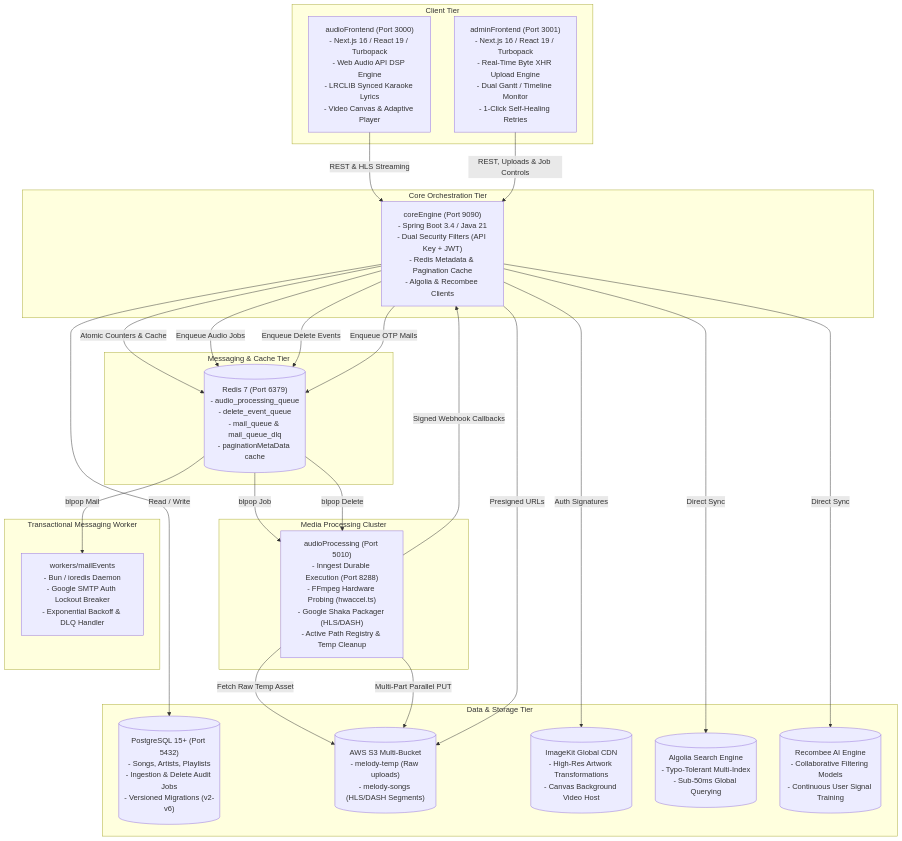
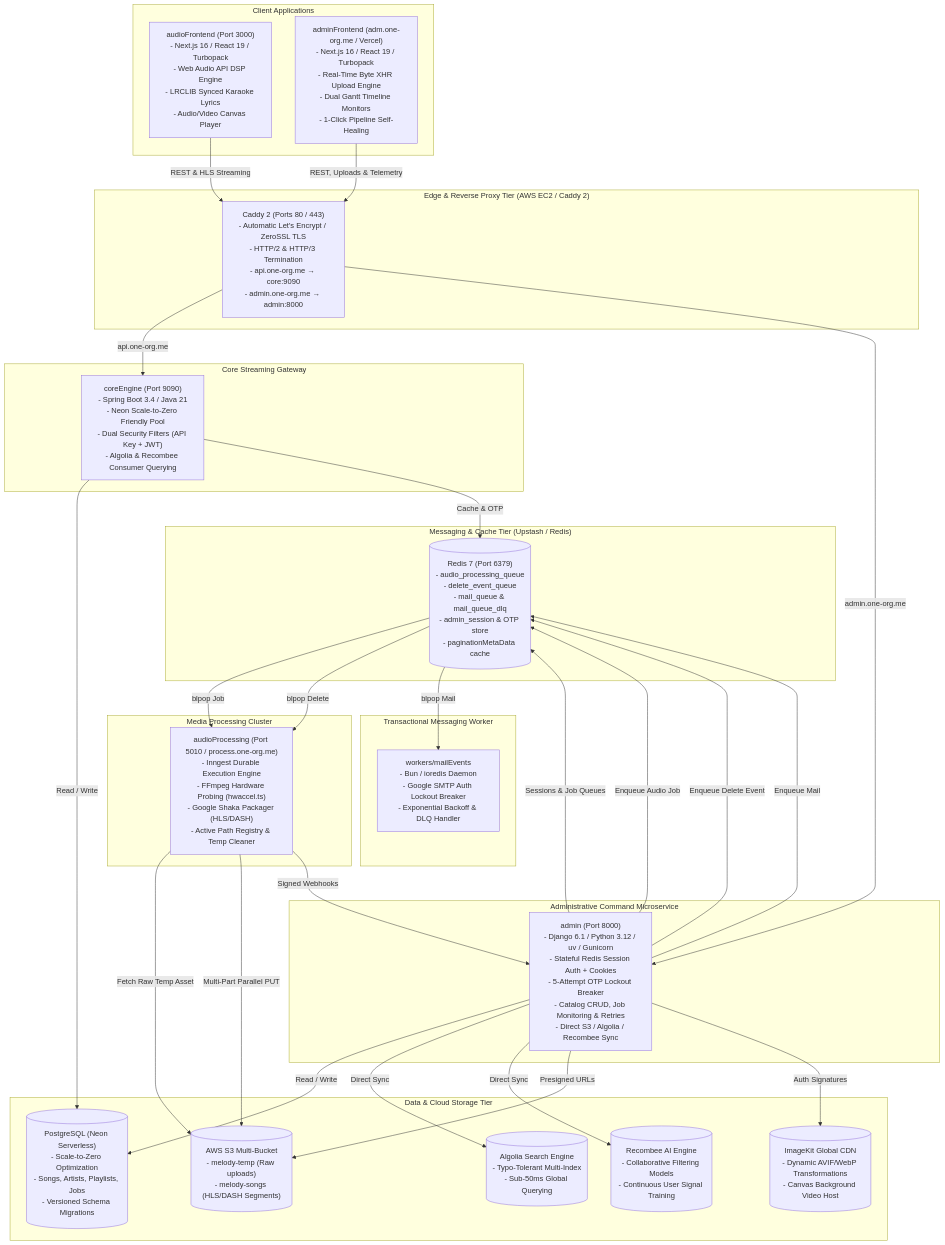
Before and after one commit to karankumar786786/AudioMelodySpringboot: the seventh of 17 diagrams in README.md, drawn with Mermaid. The commit also changed other lines of this file, not shown here.

Commit message:
docs: update README with Python/Django stack details and revised architecture diagrams

````diff
--- a/README.md
+++ b/README.md
@@ -531,49 +613,65 @@
 ```mermaid
 flowchart TB
-    subgraph CT ["Client Tier"]
-        AF["audioFrontend (Port 3000)<br/>- Next.js 16 / React 19 / Turbopack<br/>- Web Audio API DSP Engine<br/>- LRCLIB Synced Karaoke Lyrics<br/>- Video Canvas & Adaptive Player"]
-        ADF["adminFrontend (Port 3001)<br/>- Next.js 16 / React 19 / Turbopack<br/>- Real-Time Byte XHR Upload Engine<br/>- Dual Gantt / Timeline Monitor<br/>- 1-Click Self-Healing Retries"]
+    subgraph ET ["Edge & Reverse Proxy Tier (AWS EC2 / Caddy 2)"]
+        CAD["Caddy 2 (Ports 80 / 443)<br/>- Automatic Let's Encrypt / ZeroSSL TLS<br/>- HTTP/2 & HTTP/3 Termination<br/>- api.one-org.me &rarr; core:9090<br/>- admin.one-org.me &rarr; admin:8000"]
     end
 
-    subgraph COT ["Core Orchestration Tier"]
-        CE["coreEngine (Port 9090)<br/>- Spring Boot 3.4 / Java 21<br/>- Dual Security Filters (API Key + JWT)<br/>- Redis Metadata & Pagination Cache<br/>- Algolia & Recombee Clients"]
+    subgraph CT ["Client Applications"]
+        AF["audioFrontend (Port 3000)<br/>- Next.js 16 / React 19 / Turbopack<br/>- Web Audio API DSP Engine<br/>- LRCLIB Synced Karaoke Lyrics<br/>- Audio/Video Canvas Player"]
+        ADF["adminFrontend (adm.one-org.me / Vercel)<br/>- Next.js 16 / React 19 / Turbopack<br/>- Real-Time Byte XHR Upload Engine<br/>- Dual Gantt Timeline Monitors<br/>- 1-Click Pipeline Self-Healing"]
     end
 
-    subgraph MCT ["Messaging & Cache Tier"]
-        RD[("Redis 7 (Port 6379)<br/>- audio_processing_queue<br/>- delete_event_queue<br/>- mail_queue & mail_queue_dlq<br/>- paginationMetaData cache")]
+    subgraph COT ["Core Streaming Gateway"]
+        CE["coreEngine (Port 9090)<br/>- Spring Boot 3.4 / Java 21<br/>- Neon Scale-to-Zero Friendly Pool<br/>- Dual Security Filters (API Key + JWT)<br/>- Algolia & Recombee Consumer Querying"]
+    end
+
+    subgraph AOT ["Administrative Command Microservice"]
+        ADM["admin (Port 8000)<br/>- Django 6.1 / Python 3.12 / uv / Gunicorn<br/>- Stateful Redis Session Auth + Cookies<br/>- 5-Attempt OTP Lockout Breaker<br/>- Catalog CRUD, Job Monitoring & Retries<br/>- Direct S3 / Algolia / Recombee Sync"]
+    end
+
+    subgraph MCT ["Messaging & Cache Tier (Upstash / Redis)"]
+        RD[("Redis 7 (Port 6379)<br/>- audio_processing_queue<br/>- delete_event_queue<br/>- mail_queue & mail_queue_dlq<br/>- admin_session & OTP store<br/>- paginationMetaData cache")]
     end
 
     subgraph MPC ["Media Processing Cluster"]
-        AP["audioProcessing (Port 5010)<br/>- Inngest Durable Execution (Port 8288)<br/>- FFmpeg Hardware Probing (hwaccel.ts)<br/>- Google Shaka Packager (HLS/DASH)<br/>- Active Path Registry & Temp Cleanup"]
+        AP["audioProcessing (Port 5010 / process.one-org.me)<br/>- Inngest Durable Execution Engine<br/>- FFmpeg Hardware Probing (hwaccel.ts)<br/>- Google Shaka Packager (HLS/DASH)<br/>- Active Path Registry & Temp Cleaner"]
     end
 
     subgraph TMW ["Transactional Messaging Worker"]
         MW["workers/mailEvents<br/>- Bun / ioredis Daemon<br/>- Google SMTP Auth Lockout Breaker<br/>- Exponential Backoff & DLQ Handler"]
     end
 
-    subgraph DST ["Data & Storage Tier"]
-        PG[("PostgreSQL 15+ (Port 5432)<br/>- Songs, Artists, Playlists<br/>- Ingestion & Delete Audit Jobs<br/>- Versioned Migrations (v2-v6)")]
+    subgraph DST ["Data & Cloud Storage Tier"]
+        PG[("PostgreSQL (Neon Serverless)<br/>- Scale-to-Zero Optimization<br/>- Songs, Artists, Playlists, Jobs<br/>- Versioned Schema Migrations")]
         S3[("AWS S3 Multi-Bucket<br/>- melody-temp (Raw uploads)<br/>- melody-songs (HLS/DASH Segments)")]
-        IK[("ImageKit Global CDN<br/>- High-Res Artwork Transformations<br/>- Canvas Background Video Host")]
+        IK[("ImageKit Global CDN<br/>- Dynamic AVIF/WebP Transformations<br/>- Canvas Background Video Host")]
         AL[("Algolia Search Engine<br/>- Typo-Tolerant Multi-Index<br/>- Sub-50ms Global Querying")]
         RC[("Recombee AI Engine<br/>- Collaborative Filtering Models<br/>- Continuous User Signal Training")]
     end
 
-    AF -->|"REST & HLS Streaming"| CE
-    ADF -->|"REST, Uploads & Job Controls"| CE
+    AF -->|"REST & HLS Streaming"| CAD
+    ADF -->|"REST, Uploads & Telemetry"| CAD
+    CAD -->|"api.one-org.me"| CE
+    CAD -->|"admin.one-org.me"| ADM
+
     CE -->|"Read / Write"| PG
-    CE -->|"Atomic Counters & Cache"| RD
-    CE -->|"Enqueue Audio Jobs"| RD
-    CE -->|"Enqueue Delete Events"| RD
-    CE -->|"Enqueue OTP Mails"| RD
+    CE -->|"Cache & OTP"| RD
+
+    ADM -->|"Read / Write"| PG
+    ADM -->|"Sessions & Job Queues"| RD
+    ADM -->|"Enqueue Audio Job"| RD
+    ADM -->|"Enqueue Delete Event"| RD
+    ADM -->|"Enqueue Mail"| RD
+    ADM -->|"Direct Sync"| AL
+    ADM -->|"Direct Sync"| RC
+    ADM -->|"Presigned URLs"| S3
+    ADM -->|"Auth Signatures"| IK
+
     RD -->|"blpop Job"| AP
     RD -->|"blpop Delete"| AP
     RD -->|"blpop Mail"| MW
+
     AP -->|"Fetch Raw Temp Asset"| S3
     AP -->|"Multi-Part Parallel PUT"| S3
-    AP -->|"Signed Webhook Callbacks"| CE
-    CE -->|"Direct Sync"| AL
-    CE -->|"Direct Sync"| RC
-    CE -->|"Presigned URLs"| S3
-    CE -->|"Auth Signatures"| IK
+    AP -->|"Signed Webhooks"| ADM
 ```
````
